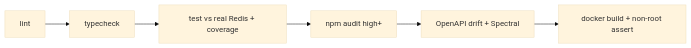
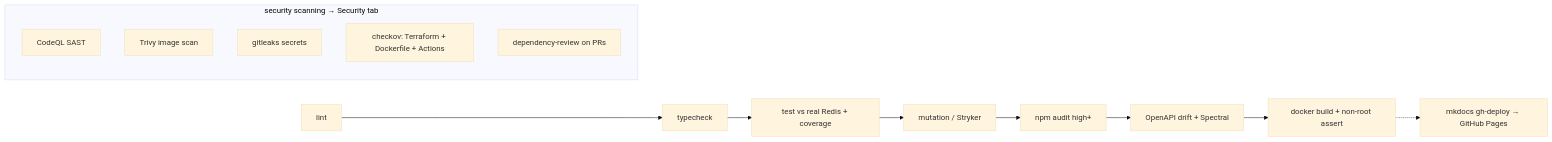
Before and after one commit to ArashM0z/auth-api: diagram 12 of 13 in docs/diagrams.md, drawn with Mermaid (base theme). The commit also changed other lines of this file and 4 other files, not shown here.

First line of the commit message:
ci: harden pipeline with best-practice security scanning

````diff
--- a/docs/diagrams.md
+++ b/docs/diagrams.md
@@ -182,5 +184,13 @@
 ```mermaid
 flowchart LR
   L[lint] --> T[typecheck] --> TE[test vs real Redis + coverage]
-  TE --> AU[npm audit high+] --> OA[OpenAPI drift + Spectral] --> DK[docker build + non-root assert]
+  TE --> MU[mutation / Stryker] --> AU[npm audit high+] --> OA[OpenAPI drift + Spectral] --> DK[docker build + non-root assert]
+  subgraph sec [security scanning → Security tab]
+    CQ[CodeQL SAST]
+    TR[Trivy image scan]
+    GL[gitleaks secrets]
+    CK[checkov: Terraform + Dockerfile + Actions]
+    DR[dependency-review on PRs]
+  end
+  DK -.-> DOCS[mkdocs gh-deploy → GitHub Pages]
 ```
````
